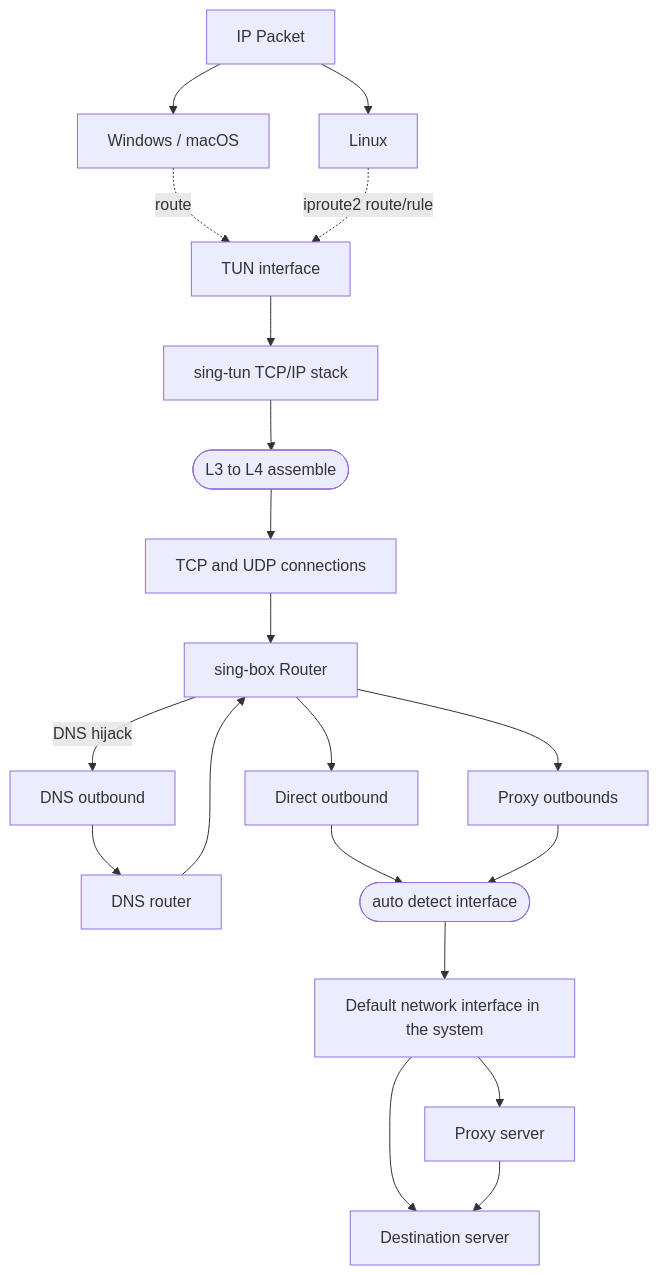
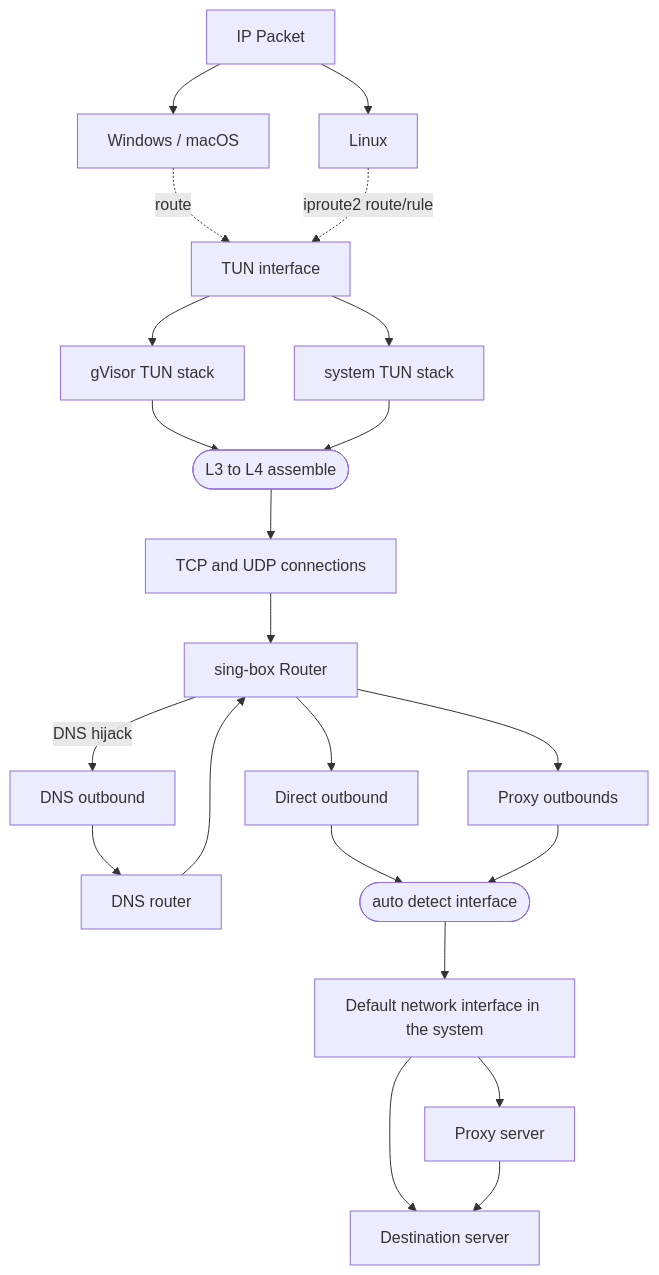
The second of 2 diagrams in docs/manual/proxy/client.md (alaaabd90/sing-box-vload), drawn with Mermaid before and after one commit. The commit also changed 181 other files, not shown here.

````diff
--- a/docs/manual/proxy/client.md
+++ b/docs/manual/proxy/client.md
@@ -57,25 +57,27 @@
 ```mermaid
 flowchart TB
     packet[IP Packet]
     packet --> windows[Windows / macOS]
     packet --> linux[Linux]
     tun[TUN interface]
     windows -. route .-> tun
     linux -. iproute2 route/rule .-> tun
-    tun --> stack[sing-tun TCP/IP stack]
+    tun --> gvisor[gVisor TUN stack]
+    tun --> system[system TUN stack]
     assemble([L3 to L4 assemble])
-    stack --> assemble
+    gvisor --> assemble
+    system --> assemble
     assemble --> conn[TCP and UDP connections]
     conn --> router[sing-box Router]
     router --> direct[Direct outbound]
     router --> proxy[Proxy outbounds]
     router -- DNS hijack --> dns_out[DNS outbound]
     dns_out --> dns_router[DNS router]
     dns_router --> router
     direct --> adi([auto detect interface])
     proxy --> adi
     adi --> default[Default network interface in the system]
     default --> destination[Destination server]
     default --> proxy_server[Proxy server]
     proxy_server --> destination
 ```
````
